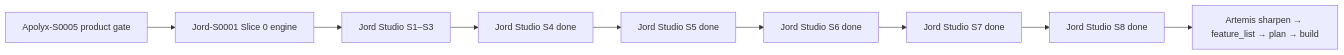
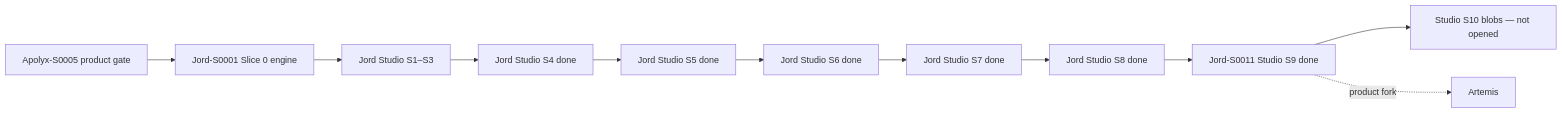
Before and after one commit to samtheory/altr.lab.turbo.v2: the diagram in Docs/plan/00-roadmap-apolyx-jord-artemis.md, drawn with Mermaid. The commit also changed other lines of this file and 38 other files, not shown here.

````diff
--- a/Docs/plan/00-roadmap-apolyx-jord-artemis.md
+++ b/Docs/plan/00-roadmap-apolyx-jord-artemis.md
@@ -23,11 +24,13 @@
 ```mermaid
 flowchart LR
   A5[Apolyx-S0005 product gate] --> J0[Jord-S0001 Slice 0 engine]
   J0 --> JS1[Jord Studio S1–S3]
   JS1 --> JS4[Jord Studio S4 done]
   JS4 --> JS5[Jord Studio S5 done]
   JS5 --> JS6[Jord Studio S6 done]
   JS6 --> JS7[Jord Studio S7 done]
   JS7 --> JS8[Jord Studio S8 done]
-  JS8 --> Art[Artemis sharpen → feature_list → plan → build]
+  JS8 --> JS9[Jord-S0011 Studio S9 done]
+  JS9 --> S10[Studio S10 blobs — not opened]
+  JS9 -.->|product fork| Art[Artemis]
 ```
````
